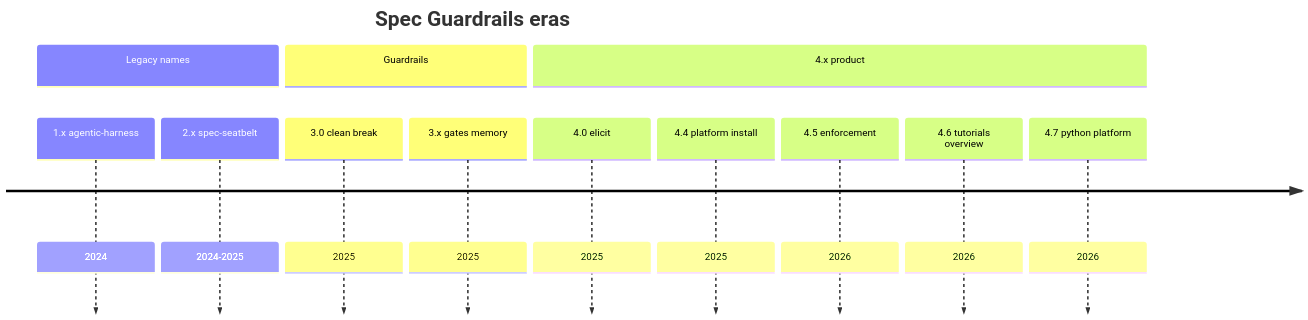
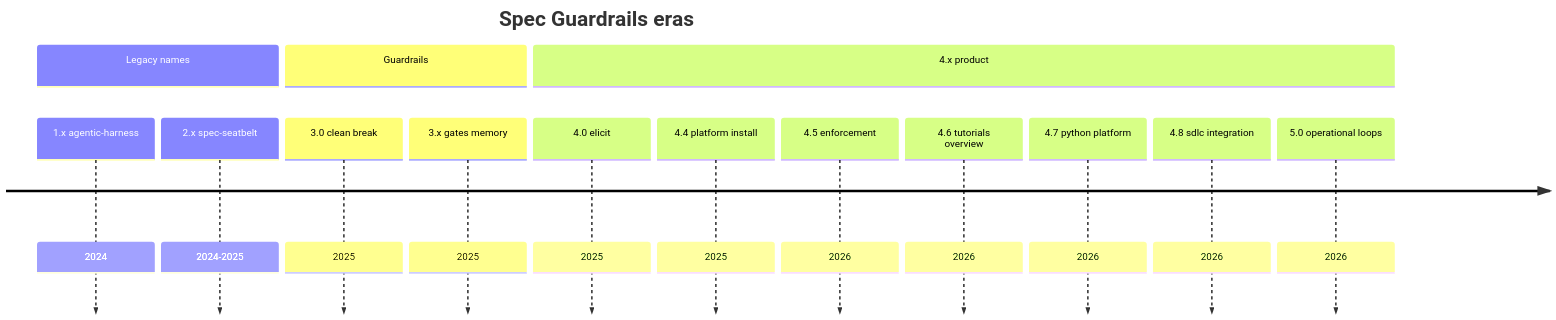
One commit to luizssantiago92/spec-guardrails changed the diagram in docs/guide/Product-history.md. Above: the diagram before and after it, drawn with Mermaid. The commit also changed other lines of this file and 9 other files, not shown here.

````diff
--- a/docs/guide/Product-history.md
+++ b/docs/guide/Product-history.md
@@ -32,16 +34,18 @@
 ```mermaid
 timeline
   title Spec Guardrails eras
   section Legacy names
     1.x agentic-harness : 2024
     2.x spec-seatbelt : 2024-2025
   section Guardrails
     3.0 clean break : 2025
     3.x gates memory : 2025
   section 4.x product
     4.0 elicit : 2025
     4.4 platform install : 2025
     4.5 enforcement : 2026
     4.6 tutorials overview : 2026
     4.7 python platform : 2026
+    4.8 sdlc integration : 2026
+    5.0 operational loops : 2026
 ```
````
